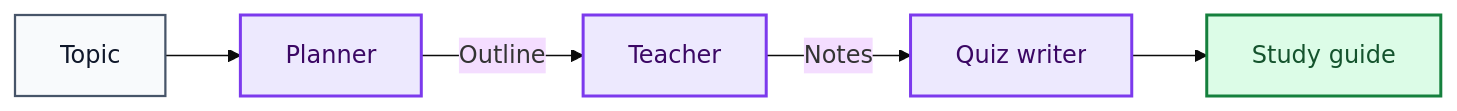
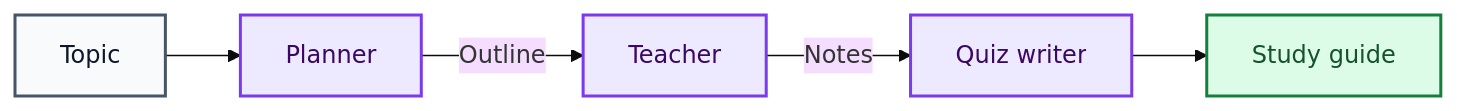
One commit to anne500/multi-agent-study-guide changed the first of 20 diagrams in docs/ARCHITECTURE.md. Above: the diagram before and after it, drawn with Mermaid (base theme). The commit also changed other lines of this file, not shown here.

Commit message:
Apply shared architecture colors and visual conventions

````diff
--- a/docs/ARCHITECTURE.md
+++ b/docs/ARCHITECTURE.md
@@ -45,13 +45,19 @@
 ```mermaid
 flowchart LR
     A[Topic] --> B[Planner]
     B -->|Outline| C[Teacher]
     C -->|Notes| D[Quiz writer]
     D --> E[Study guide]
 
-    classDef default fill:#F8FAFC,stroke:#475569,color:#0F172A,stroke-width:1.5px;
+    %% Shared architecture palette: see VISUAL_STYLE.md
+    classDef default fill:#F8FAFC,stroke:#475569,color:#0F172A,stroke-width:2px;
+    classDef process fill:#DBEAFE,stroke:#2563EB,color:#172554,stroke-width:2px;
     classDef model fill:#EDE9FE,stroke:#7C3AED,color:#3B0764,stroke-width:2px;
+    classDef store fill:#CCFBF1,stroke:#0F766E,color:#134E4A,stroke-width:2px;
+    classDef decision fill:#FEF3C7,stroke:#B45309,color:#78350F,stroke-width:2px;
+    classDef human fill:#FFEDD5,stroke:#C2410C,color:#7C2D12,stroke-width:2px;
+    classDef output fill:#DCFCE7,stroke:#15803D,color:#14532D,stroke-width:2px;
+    classDef failure fill:#FEE2E2,stroke:#B91C1C,color:#7F1D1D,stroke-width:2px;
     class B,C,D model;
-    classDef success fill:#DCFCE7,stroke:#15803D,color:#14532D,stroke-width:2px;
-    class E success;
+    class E output;
 ```
````
